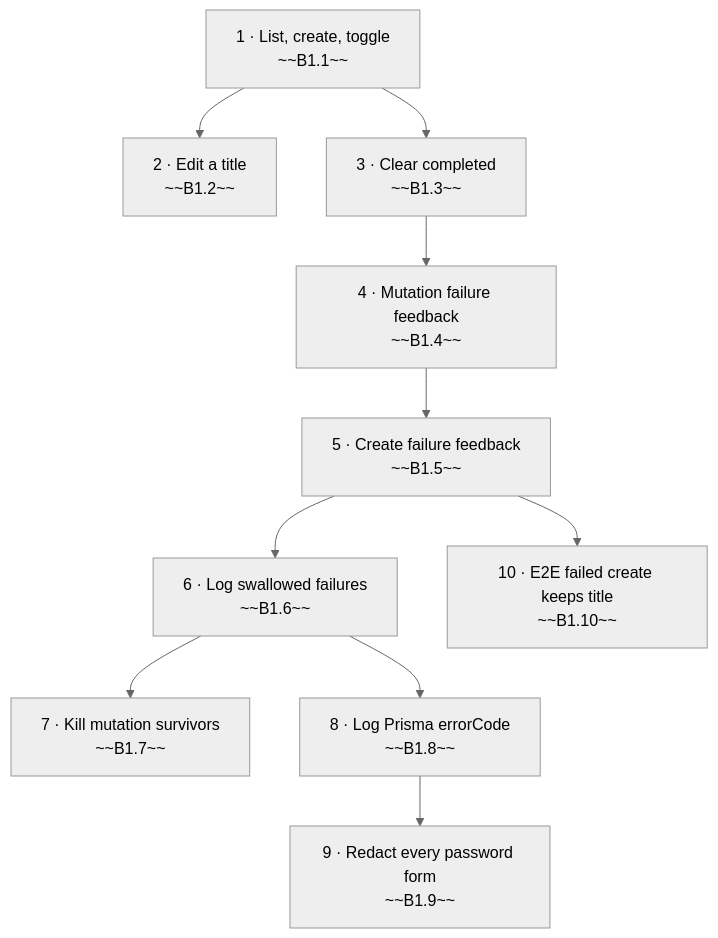
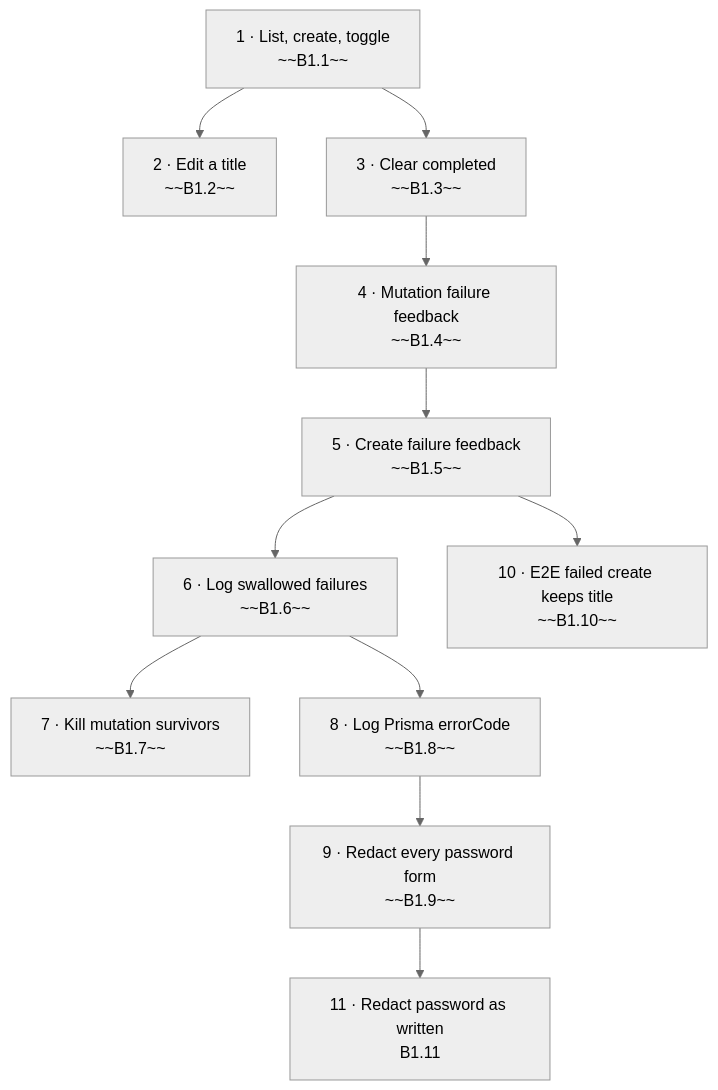
Before and after one commit to st-minhho2/level-up-lab: the diagram in backlog/README.md, drawn with Mermaid (neutral theme). The commit also changed other lines of this file and 2 other files, not shown here.

First line of the commit message:
docs(backlog): card B1.11 redact the password as written, D-17 request

````diff
--- a/backlog/README.md
+++ b/backlog/README.md
@@ -15,22 +15,24 @@
 ```mermaid
 flowchart TD
   S1["1 · List, create, toggle<br/>~~B1.1~~"]
   S2["2 · Edit a title<br/>~~B1.2~~"]
   S3["3 · Clear completed<br/>~~B1.3~~"]
   S1 --> S2
   S4["4 · Mutation failure feedback<br/>~~B1.4~~"]
   S1 --> S3
   S3 --> S4
   S5["5 · Create failure feedback<br/>~~B1.5~~"]
   S4 --> S5
   S6["6 · Log swallowed failures<br/>~~B1.6~~"]
   S5 --> S6
   S7["7 · Kill mutation survivors<br/>~~B1.7~~"]
   S6 --> S7
   S8["8 · Log Prisma errorCode<br/>~~B1.8~~"]
   S6 --> S8
   S9["9 · Redact every password form<br/>~~B1.9~~"]
   S8 --> S9
   S10["10 · E2E failed create keeps title<br/>~~B1.10~~"]
   S5 --> S10
+  S11["11 · Redact password as written<br/>B1.11"]
+  S9 --> S11
 ```
````
